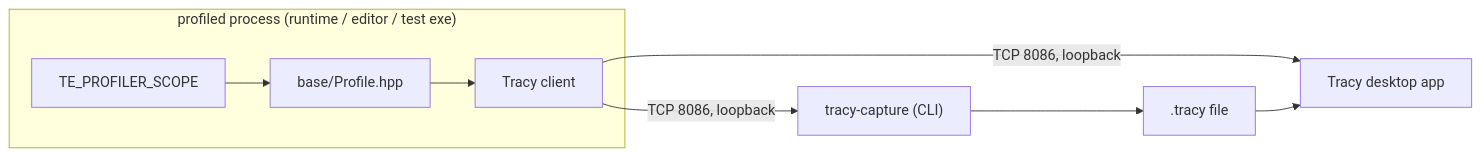
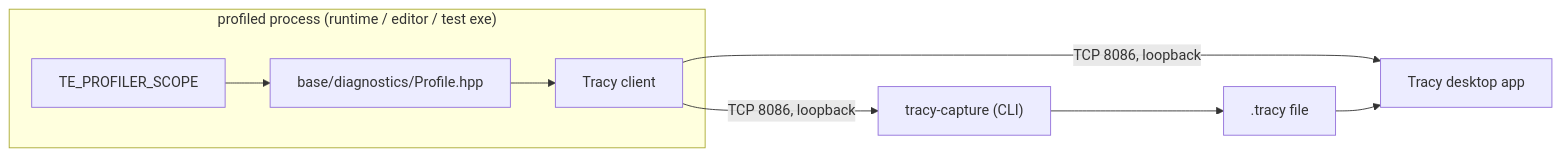
One commit to techattackteam/TechEngine-vault changed the diagram in 04 Design Docs/Utilities/Profiler — Design.md. Above: the diagram before and after it, drawn with Mermaid. The commit also changed other lines of this file and 8 other files, not shown here.

````diff
--- a/04 Design Docs/Utilities/Profiler — Design.md
+++ b/04 Design Docs/Utilities/Profiler — Design.md
@@ -56,10 +56,10 @@
 ```mermaid
 flowchart LR
   subgraph proc["profiled process (runtime / editor / test exe)"]
-    A["TE_PROFILER_SCOPE"] --> B["base/Profile.hpp"]
+    A["TE_PROFILER_SCOPE"] --> B["base/diagnostics/Profile.hpp"]
     B --> C["Tracy client"]
   end
   C -->|"TCP 8086, loopback"| D["Tracy desktop app"]
   C -->|"TCP 8086, loopback"| E["tracy-capture (CLI)"]
   E --> F[".tracy file"] --> D
 ```
````
